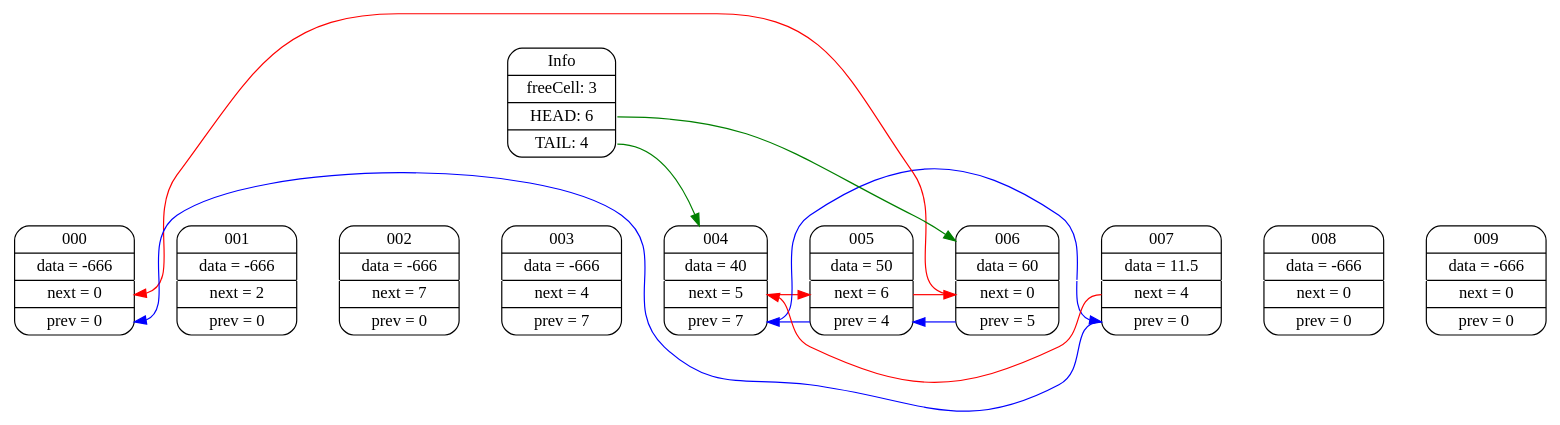
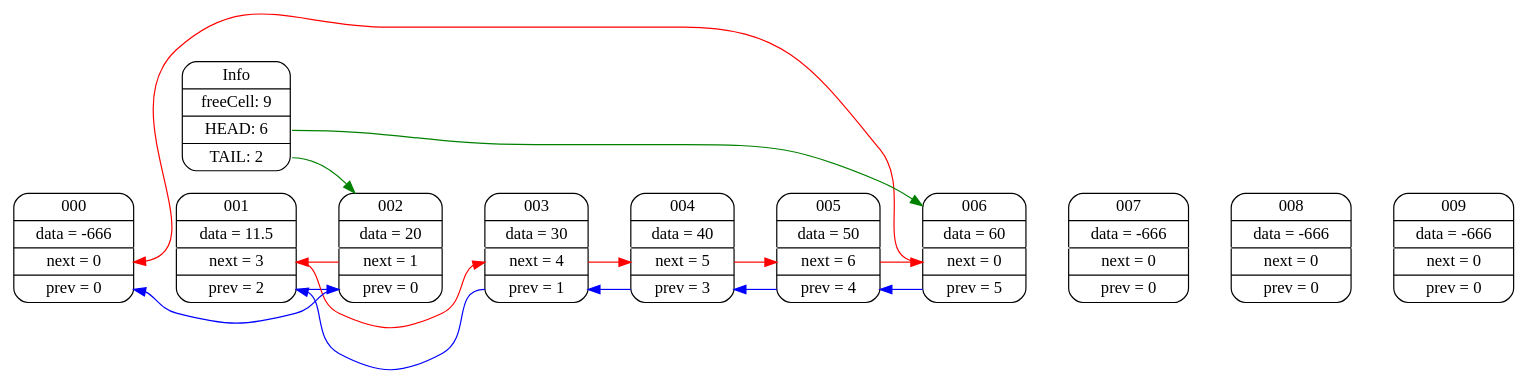
The diagram in tree.dot (Matvey787/myArray), drawn with Graphviz before and after one commit. The commit also changed 31 other files, not shown here.

```diff
--- a/tree.dot
+++ b/tree.dot
@@ -1,38 +1,42 @@
 digraph
 {
 rankdir=LR;
 node000 [shape=Mrecord label= " 000 | data = -666 | <n0_n> next = 0 | <n0_p> prev = 0 " ];
-node001 [shape=Mrecord label= " 001 | data = -666 | <n1_n> next = 2 | <n1_p> prev = 0 " ];
-node002 [shape=Mrecord label= " 002 | data = -666 | <n2_n> next = 7 | <n2_p> prev = 0 " ];
-node003 [shape=Mrecord label= " 003 | data = -666 | <n3_n> next = 4 | <n3_p> prev = 7 " ];
-node004 [shape=Mrecord label= " 004 | data = 40 | <n4_n> next = 5 | <n4_p> prev = 7 " ];
+node001 [shape=Mrecord label= " 001 | data = 11.5 | <n1_n> next = 3 | <n1_p> prev = 2 " ];
+node002 [shape=Mrecord label= " 002 | data = 20 | <n2_n> next = 1 | <n2_p> prev = 0 " ];
+node003 [shape=Mrecord label= " 003 | data = 30 | <n3_n> next = 4 | <n3_p> prev = 1 " ];
+node004 [shape=Mrecord label= " 004 | data = 40 | <n4_n> next = 5 | <n4_p> prev = 3 " ];
 node005 [shape=Mrecord label= " 005 | data = 50 | <n5_n> next = 6 | <n5_p> prev = 4 " ];
 node006 [shape=Mrecord label= " 006 | data = 60 | <n6_n> next = 0 | <n6_p> prev = 5 " ];
-node007 [shape=Mrecord label= " 007 | data = 11.5 | <n7_n> next = 4 | <n7_p> prev = 0 " ];
+node007 [shape=Mrecord label= " 007 | data = -666 | <n7_n> next = 0 | <n7_p> prev = 0 " ];
 node008 [shape=Mrecord label= " 008 | data = -666 | <n8_n> next = 0 | <n8_p> prev = 0 " ];
 node009 [shape=Mrecord label= " 009 | data = -666 | <n9_n> next = 0 | <n9_p> prev = 0 " ];
 
-info [shape=Mrecord label= " Info | freeCell: 3 | <info_h> HEAD: 6 | <info_t> TAIL: 4 " ];
+info [shape=Mrecord label= " Info | freeCell: 9 | <info_h> HEAD: 6 | <info_t> TAIL: 2 " ];
 info:<info_h> -> node006 [ color = green; ]
-info:<info_t> -> node004 [ color = green; ]
+info:<info_t> -> node002 [ color = green; ]
 
 node000 -> node001 [ weight = 1000; color = white; ]
 node001 -> node002 [ weight = 1000; color = white; ]
 node002 -> node003 [ weight = 1000; color = white; ]
 node003 -> node004 [ weight = 1000; color = white; ]
 node004 -> node005 [ weight = 1000; color = white; ]
 node005 -> node006 [ weight = 1000; color = white; ]
 node006 -> node007 [ weight = 1000; color = white; ]
 node007 -> node008 [ weight = 1000; color = white; ]
 node008 -> node009 [ weight = 1000; color = white; ]
 
-node004:<n4_p> -> node007:<n7_p> [ color = blue; ]
+node001:<n1_p> -> node002:<n2_p> [ color = blue; ]
+node002:<n2_p> -> node000:<n0_p> [ color = blue; ]
+node003:<n3_p> -> node001:<n1_p> [ color = blue; ]
+node004:<n4_p> -> node003:<n3_p> [ color = blue; ]
 node005:<n5_p> -> node004:<n4_p> [ color = blue; ]
 node006:<n6_p> -> node005:<n5_p> [ color = blue; ]
-node007:<n7_p> -> node000:<n0_p> [ color = blue; ]
 
+node001:<n1_n> -> node003:<n3_n> [ color = red; ]
+node002:<n2_n> -> node001:<n1_n> [ color = red; ]
+node003:<n3_n> -> node004:<n4_n> [ color = red; ]
 node004:<n4_n> -> node005:<n5_n> [ color = red; ]
 node005:<n5_n> -> node006:<n6_n> [ color = red; ]
 node006:<n6_n> -> node000:<n0_n> [ color = red; ]
-node007:<n7_n> -> node004:<n4_n> [ color = red; ]
 }
```
